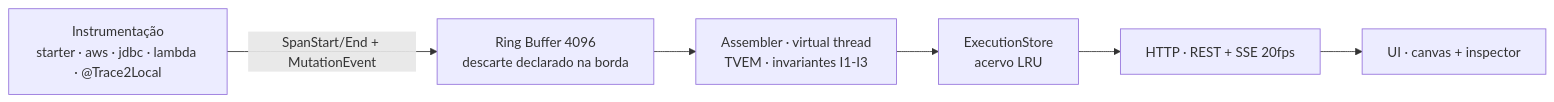
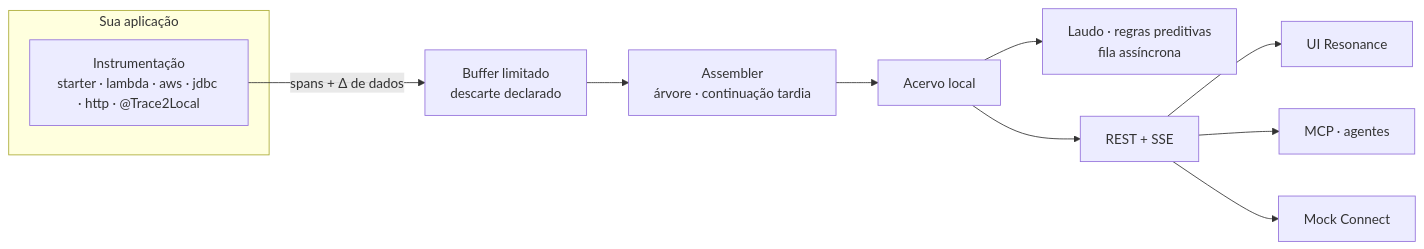
The diagram in README.md (thiago701/trace2local), drawn with Mermaid before and after one commit. The commit also changed other lines of this file and 400 other files, not shown here.

````diff
--- a/README.md
+++ b/README.md
@@ -216,7 +284,14 @@
 ```mermaid
 flowchart LR
-    I[Instrumentação<br/>starter · aws · jdbc · lambda · @Trace2Local] -->|SpanStart/End + MutationEvent| B[Ring Buffer 4096<br/>descarte declarado na borda]
-    B --> A[Assembler · virtual thread<br/>TVEM · invariantes I1-I3]
-    A --> S[ExecutionStore<br/>acervo LRU]
-    S --> H[HTTP · REST + SSE 20fps] --> U[UI · canvas + inspector]
+    subgraph app[Sua aplicação]
+      I[Instrumentação<br/>starter · lambda · aws · jdbc · http · @Trace2Local]
+    end
+    I -->|spans + Δ de dados| B[Buffer limitado<br/>descarte declarado]
+    B --> A[Assembler<br/>árvore · continuação tardia]
+    A --> S[Acervo local]
+    S --> P[Laudo · regras preditivas<br/>fila assíncrona]
+    S --> H[REST + SSE]
+    H --> U[UI Resonance]
+    H --> M[MCP · agentes]
+    H --> C[Mock Connect]
 ```
````
